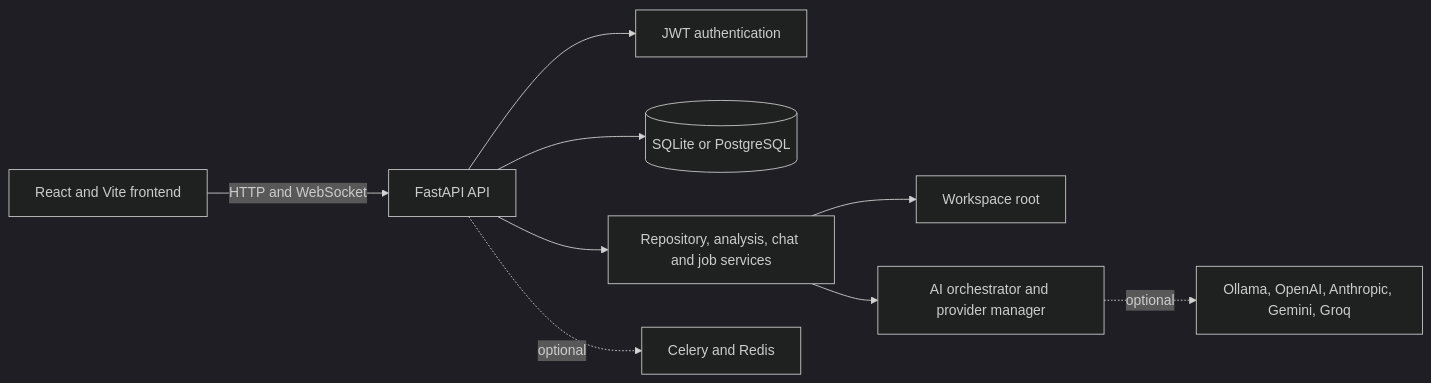
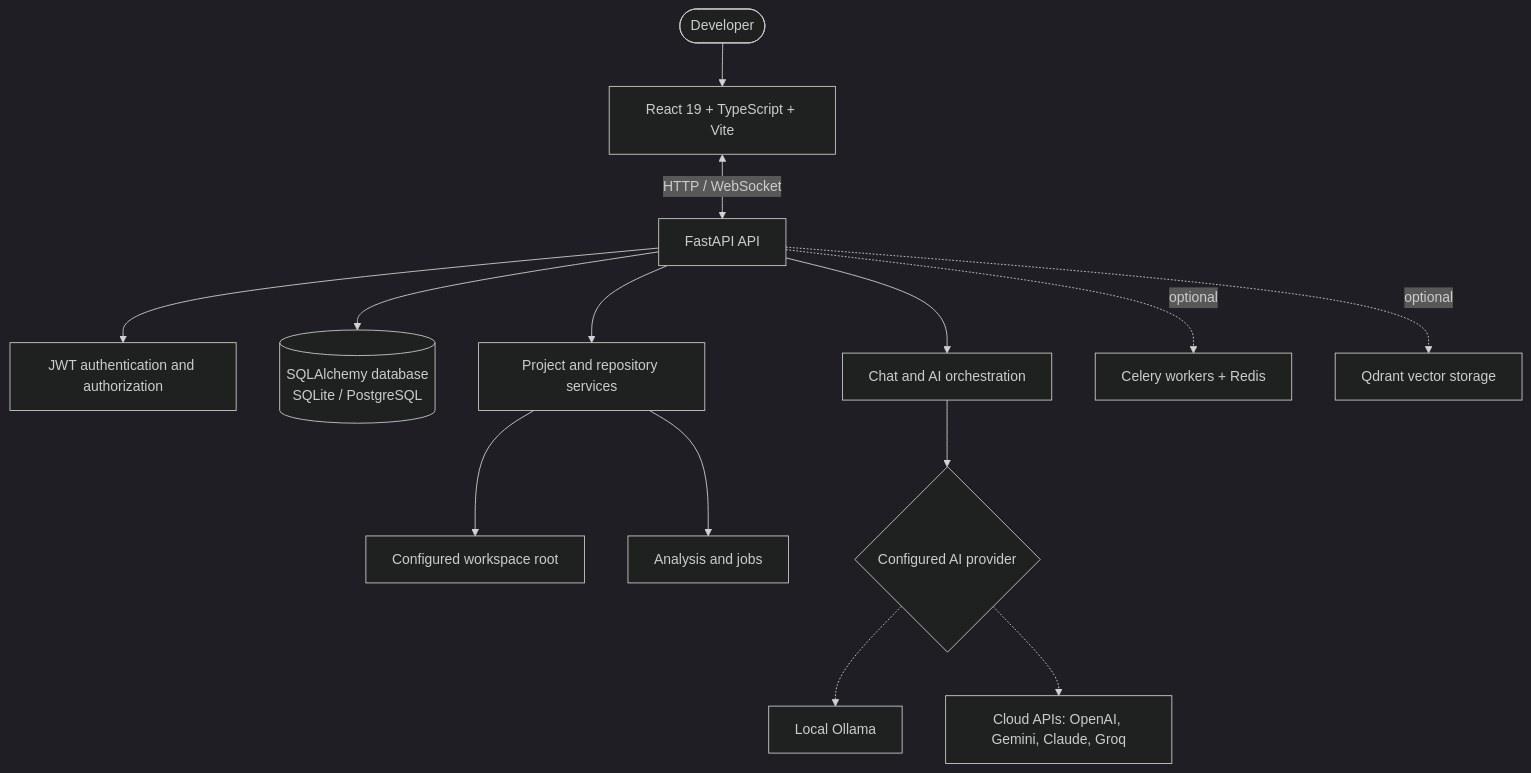
The first of 2 diagrams in README.md (Varshith0105/AgentForge), drawn with Mermaid (dark theme) before and after one commit. The commit also changed other lines of this file, not shown here.

Commit message:
docs: redesign AgentForge README with screenshots and architecture

````diff
--- a/README.md
+++ b/README.md
@@ -62,11 +78,16 @@
 ```mermaid
-flowchart LR
-  Browser[React and Vite frontend] -->|HTTP and WebSocket| API[FastAPI API]
-  API --> Auth[JWT authentication]
-  API --> DB[(SQLite or PostgreSQL)]
-  API --> Services[Repository, analysis, chat and job services]
-  Services --> Workspace[Workspace root]
-  Services --> AI[AI orchestrator and provider manager]
-  AI -. optional .-> Providers[Ollama, OpenAI, Anthropic, Gemini, Groq]
-  API -. optional .-> Celery[Celery and Redis]
+flowchart TB
+    User([Developer]) --> Browser["React 19 + TypeScript + Vite"]
+    Browser <-->|"HTTP / WebSocket"| API["FastAPI API"]
+    API --> Auth["JWT authentication and authorization"]
+    API --> DB[("SQLAlchemy database<br/>SQLite / PostgreSQL")]
+    API --> Project["Project and repository services"]
+    Project --> Workspace["Configured workspace root"]
+    Project --> Analysis["Analysis and jobs"]
+    API --> Chat["Chat and AI orchestration"]
+    Chat --> Providers{"Configured AI provider"}
+    Providers -.-> Ollama["Local Ollama"]
+    Providers -.-> Cloud["Cloud APIs: OpenAI, Gemini, Claude, Groq"]
+    API -. optional .-> Workers["Celery workers + Redis"]
+    API -. optional .-> Vector["Qdrant vector storage"]
 ```
````
